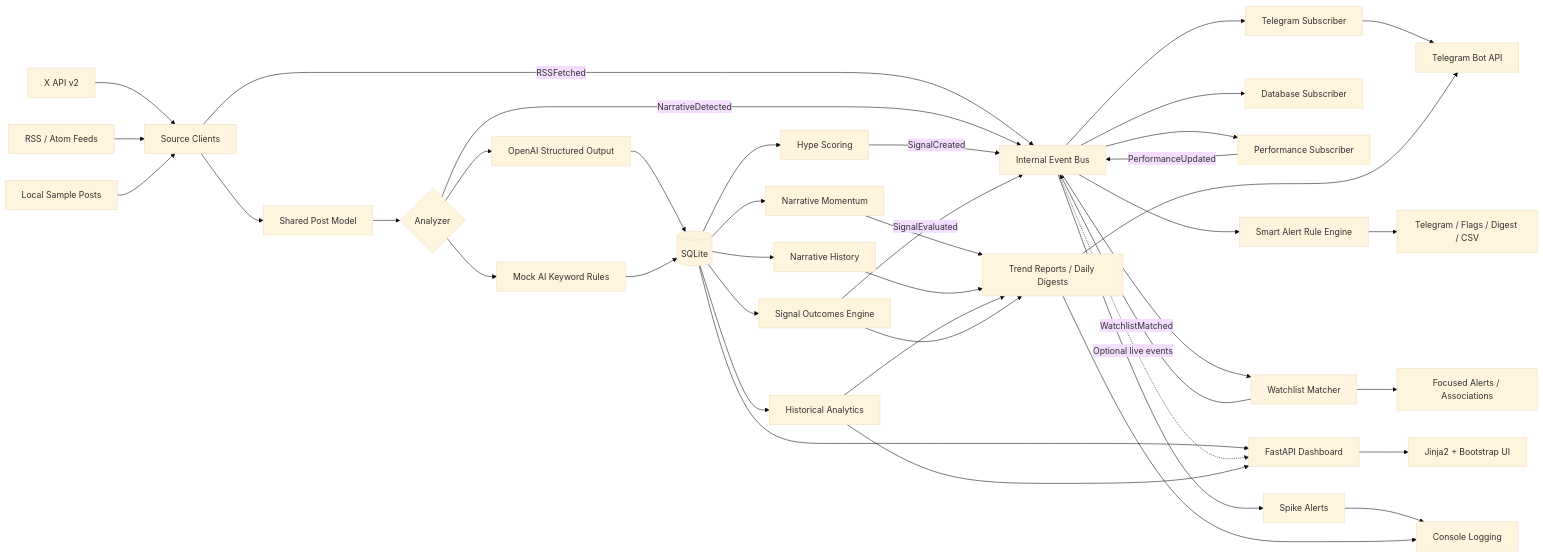
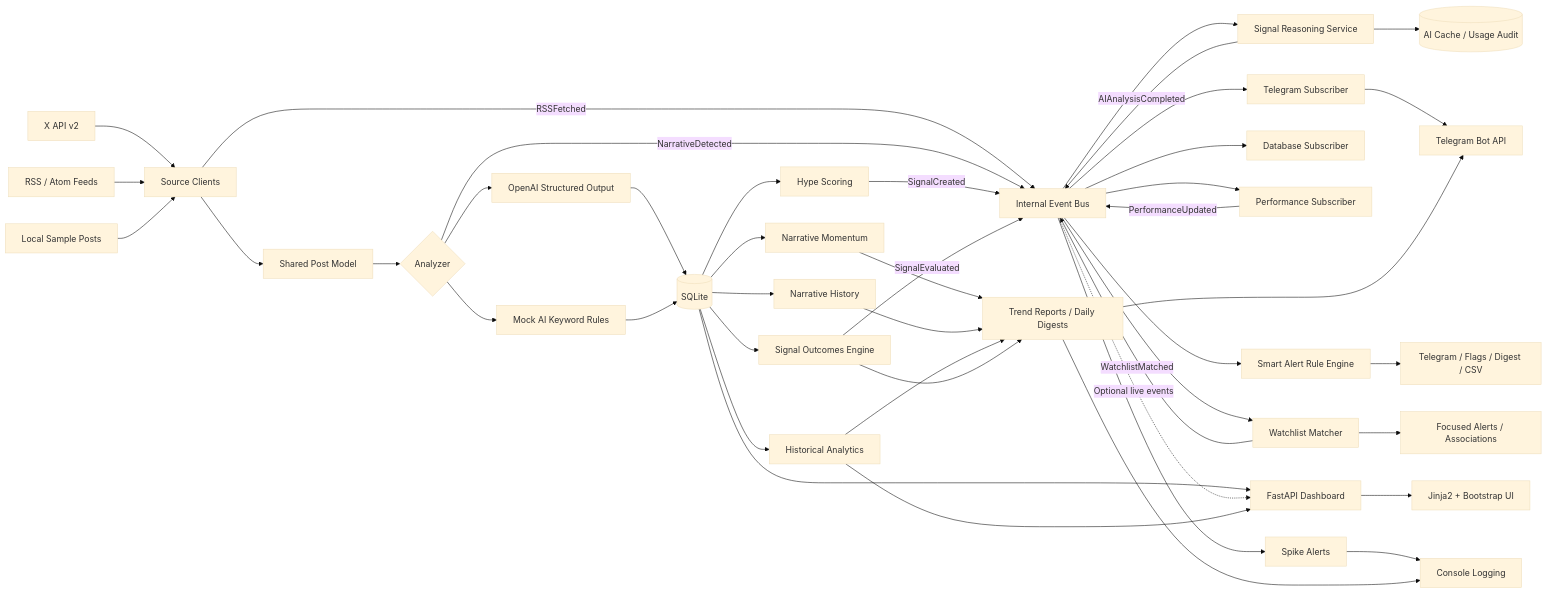
The diagram in README.md (NBSq/X-tracker), drawn with Mermaid (base theme) before and after one commit. The commit also changed other lines of this file and 26 other files, not shown here.

Commit message:
Add OpenAI-powered signal reasoning

````diff
--- a/README.md
+++ b/README.md
@@ -32,49 +33,52 @@
 ```mermaid
 flowchart LR
     X["X API v2"] --> Sources["Source Clients"]
     RSS["RSS / Atom Feeds"] --> Sources
     Local["Local Sample Posts"] --> Sources
 
     Sources --> Posts["Shared Post Model"]
     Sources -->|RSSFetched| Bus["Internal Event Bus"]
     Posts --> Analyzer{"Analyzer"}
     Analyzer --> OpenAI["OpenAI Structured Output"]
     Analyzer --> MockAI["Mock AI Keyword Rules"]
 
     OpenAI --> DB[("SQLite")]
     MockAI --> DB
     Analyzer -->|NarrativeDetected| Bus
 
     DB --> Hype["Hype Scoring"]
     DB --> Momentum["Narrative Momentum"]
     DB --> History["Narrative History"]
     DB --> Historical["Historical Analytics"]
     DB --> Outcomes["Signal Outcomes Engine"]
     DB --> Dashboard["FastAPI Dashboard"]
 
     Hype -->|SignalCreated| Bus
+    Bus --> Reasoning["Signal Reasoning Service"]
+    Reasoning -->|AIAnalysisCompleted| Bus
+    Reasoning --> AICache[("AI Cache / Usage Audit")]
     Outcomes -->|SignalEvaluated| Bus
     Bus --> Storage["Database Subscriber"]
     Bus --> Performance["Performance Subscriber"]
     Bus --> Telegram["Telegram Subscriber"]
     Bus --> Rules["Smart Alert Rule Engine"]
     Bus --> Watchlists["Watchlist Matcher"]
     Watchlists -->|WatchlistMatched| Bus
     Watchlists --> Focused["Focused Alerts / Associations"]
     Rules --> RuleActions["Telegram / Flags / Digest / CSV"]
     Performance -->|PerformanceUpdated| Bus
     Bus -. Optional live events .-> Dashboard
 
     Bus --> Alerts["Spike Alerts"]
     Momentum --> Reports["Trend Reports / Daily Digests"]
     History --> Reports
     Historical --> Reports
     Historical --> Dashboard
     Outcomes --> Reports
 
     Alerts --> Console["Console Logging"]
     Telegram --> TelegramAPI["Telegram Bot API"]
     Reports --> Console
     Reports --> TelegramAPI
     Dashboard --> Browser["Jinja2 + Bootstrap UI"]
 ```
````
